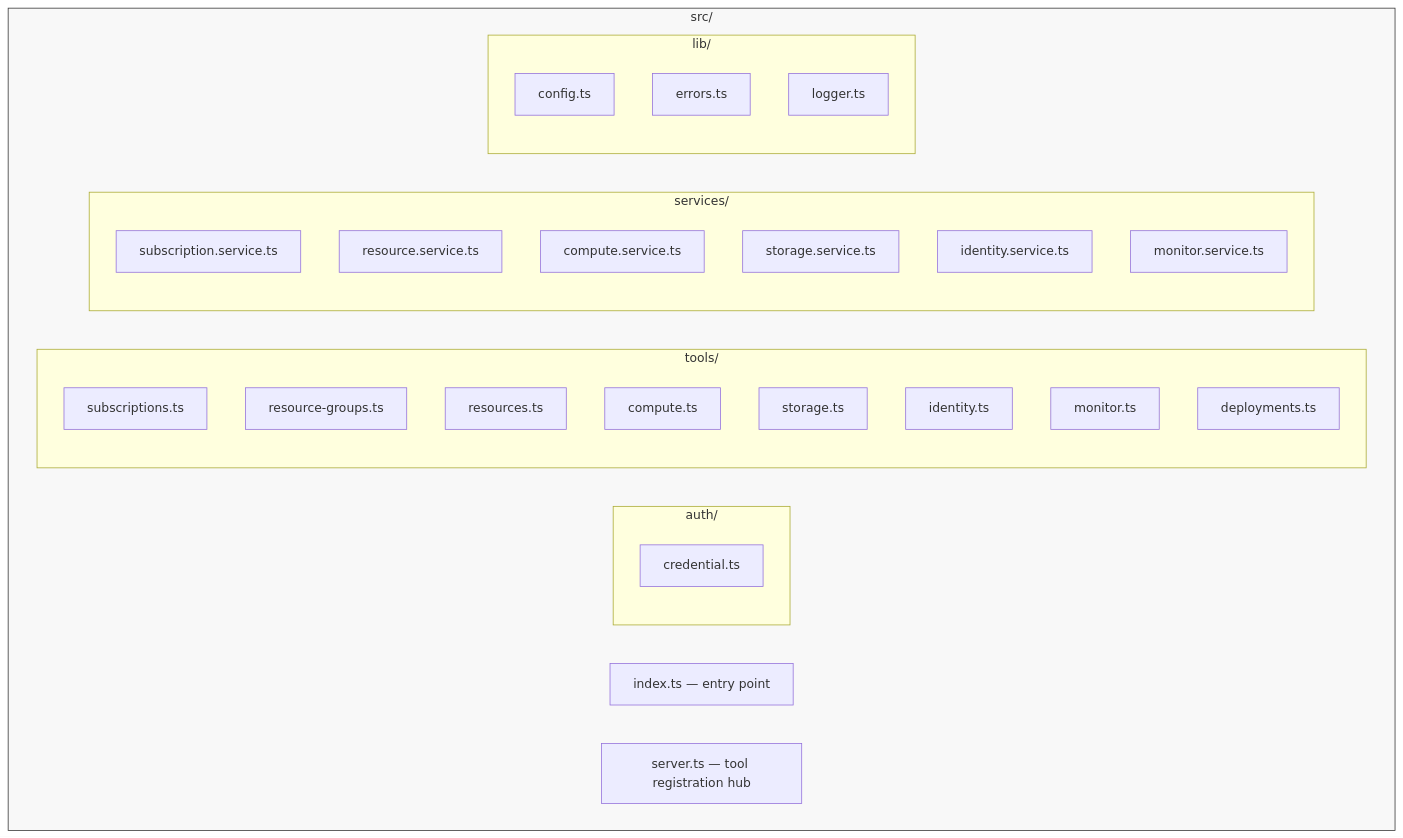
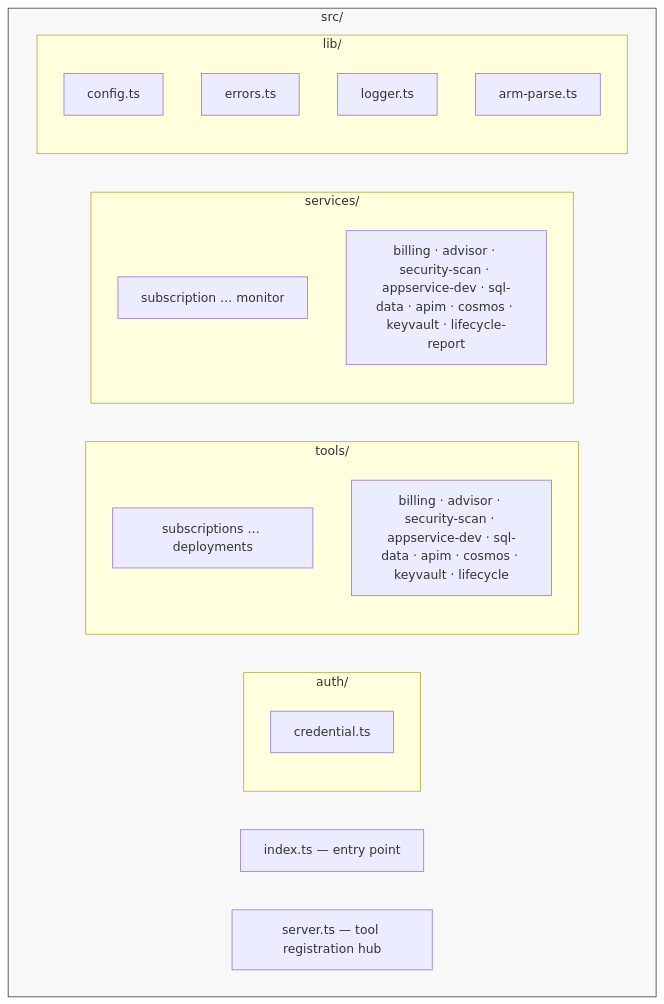
The sixth of 8 diagrams in ARCHITECTURE.md (pxkundu/azure-observer-mcp), drawn with Mermaid before and after one commit. The commit also changed other lines of this file and 28 other files, not shown here.

Commit message:
Updated new tools with Cost, Security and AppDev features

````diff
--- a/ARCHITECTURE.md
+++ b/ARCHITECTURE.md
@@ -257,39 +277,30 @@
 ```mermaid
 graph TD
     subgraph src["src/"]
         IDX["index.ts — entry point"]
         SRV["server.ts — tool registration hub"]
 
         subgraph auth["auth/"]
             CRED["credential.ts"]
         end
 
         subgraph tools["tools/"]
-            TSUB["subscriptions.ts"]
-            TRG["resource-groups.ts"]
-            TRES["resources.ts"]
-            TCOMP["compute.ts"]
-            TSTOR["storage.ts"]
-            TID["identity.ts"]
-            TMON["monitor.ts"]
-            TDEP["deployments.ts"]
+            TCORE["subscriptions … deployments"]
+            TV2["billing · advisor · security-scan · appservice-dev · sql-data · apim · cosmos · keyvault · lifecycle"]
         end
 
         subgraph services["services/"]
-            SSUB["subscription.service.ts"]
-            SRES["resource.service.ts"]
-            SCOMP["compute.service.ts"]
-            SSTOR["storage.service.ts"]
-            SID["identity.service.ts"]
-            SMON["monitor.service.ts"]
+            SCORE["subscription … monitor"]
+            SV2["billing · advisor · security-scan · appservice-dev · sql-data · apim · cosmos · keyvault · lifecycle-report"]
         end
 
         subgraph lib["lib/"]
             CFG["config.ts"]
             ERR["errors.ts"]
             LOG["logger.ts"]
+            ARM["arm-parse.ts"]
         end
     end
 
     style src fill:#f8f8f8,stroke:#333
 ```
````
